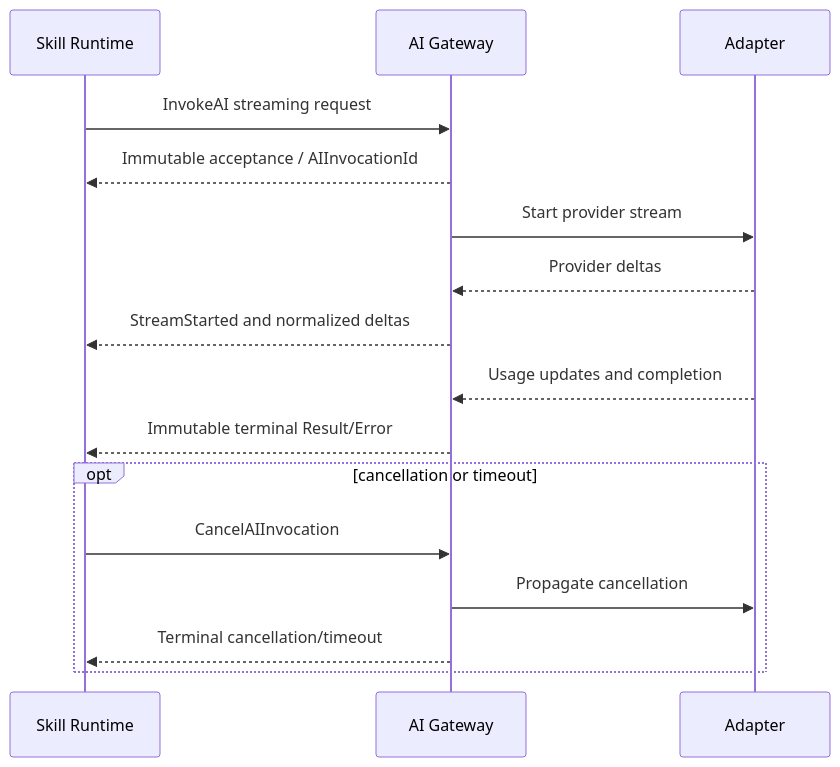
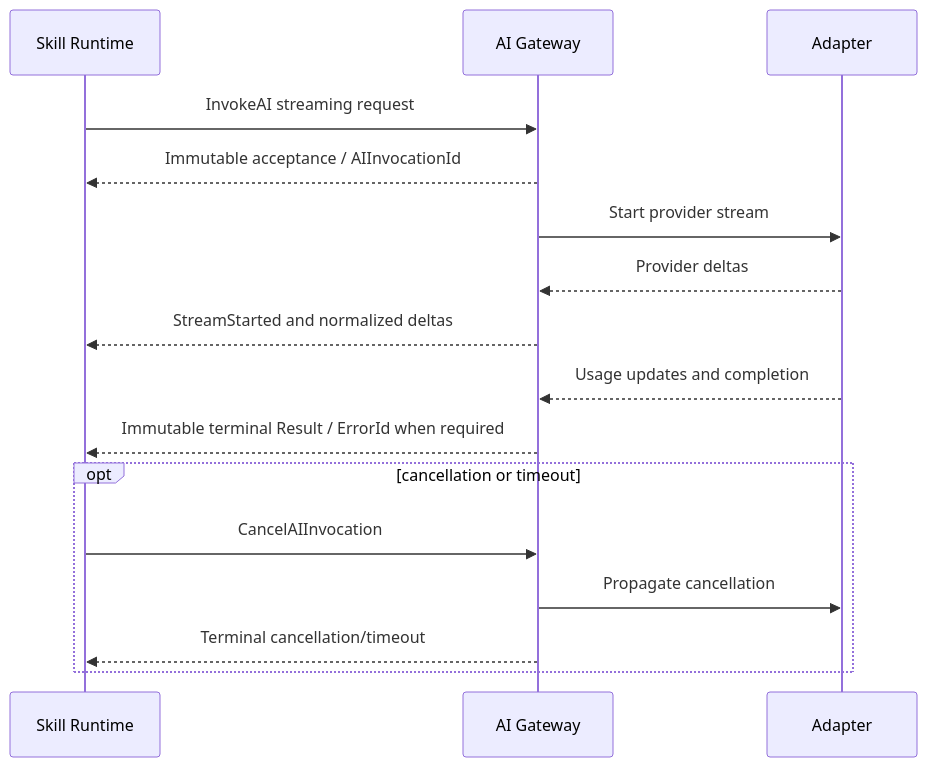
Before and after one commit to mayurbhavsar04/AIEOS: the sixth of 7 diagrams in docs/architecture/AIGatewayArchitecture.md, drawn with Mermaid. The commit also changed other lines of this file and 10 other files, not shown here.

````diff
--- a/docs/architecture/AIGatewayArchitecture.md
+++ b/docs/architecture/AIGatewayArchitecture.md
@@ -117,18 +119,18 @@
 ```mermaid
 sequenceDiagram
     participant S as Skill Runtime
     participant G as AI Gateway
     participant A as Adapter
     S->>G: InvokeAI streaming request
     G-->>S: Immutable acceptance / AIInvocationId
     G->>A: Start provider stream
     A-->>G: Provider deltas
     G-->>S: StreamStarted and normalized deltas
     A-->>G: Usage updates and completion
-    G-->>S: Immutable terminal Result/Error
+    G-->>S: Immutable terminal Result / ErrorId when required
     opt cancellation or timeout
         S->>G: CancelAIInvocation
         G->>A: Propagate cancellation
         G-->>S: Terminal cancellation/timeout
     end
 ```
````
